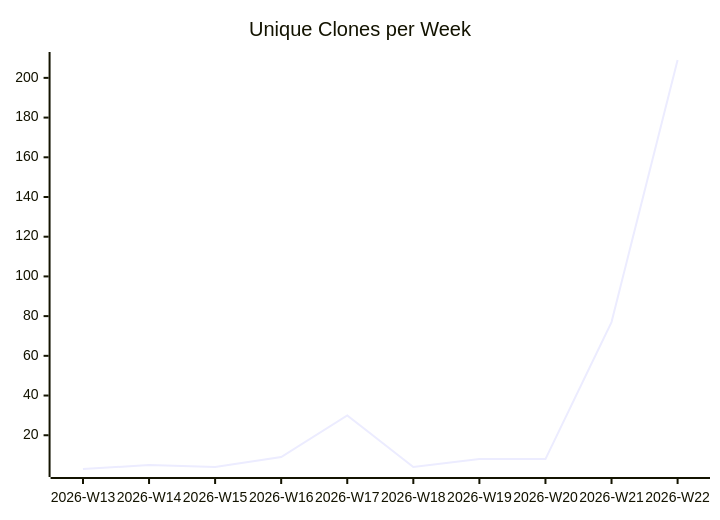
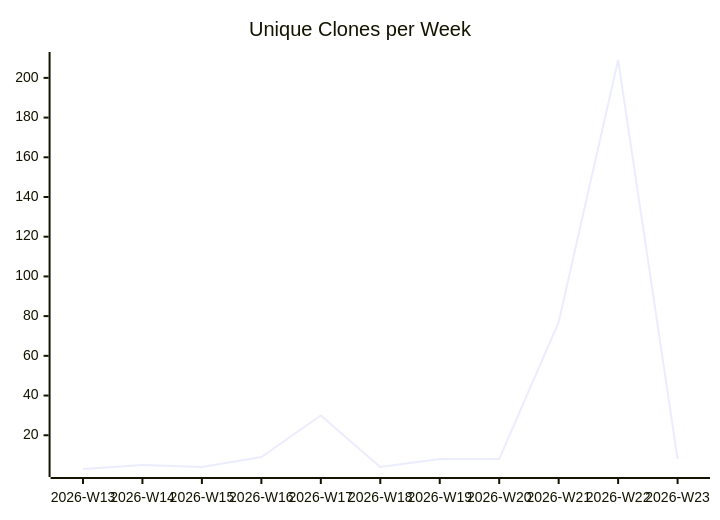
Before and after one commit to justdavis-family/github-analytics-data: the third of 3 diagrams in karlmdavis/dotfiles/README.md, drawn with Mermaid. The commit also changed other lines of this file and 186 other files, not shown here.

````diff
--- a/karlmdavis/dotfiles/README.md
+++ b/karlmdavis/dotfiles/README.md
@@ -19,6 +19,6 @@
 ```mermaid
 xychart-beta
   title "Unique Clones per Week"
-  x-axis ["2026-W13", "2026-W14", "2026-W15", "2026-W16", "2026-W17", "2026-W18", "2026-W19", "2026-W20", "2026-W21", "2026-W22"]
-  line [3, 5, 4, 9, 30, 4, 8, 8, 77, 209]
+  x-axis ["2026-W13", "2026-W14", "2026-W15", "2026-W16", "2026-W17", "2026-W18", "2026-W19", "2026-W20", "2026-W21", "2026-W22", "2026-W23"]
+  line [3, 5, 4, 9, 30, 4, 8, 8, 77, 209, 8]
 ```
````
